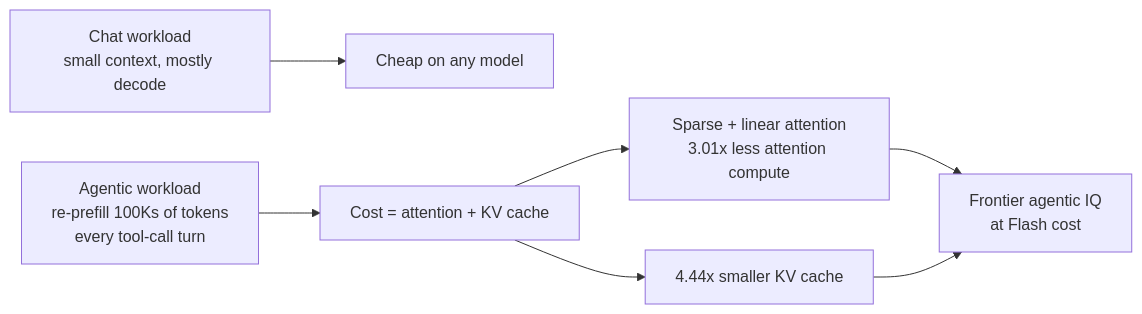
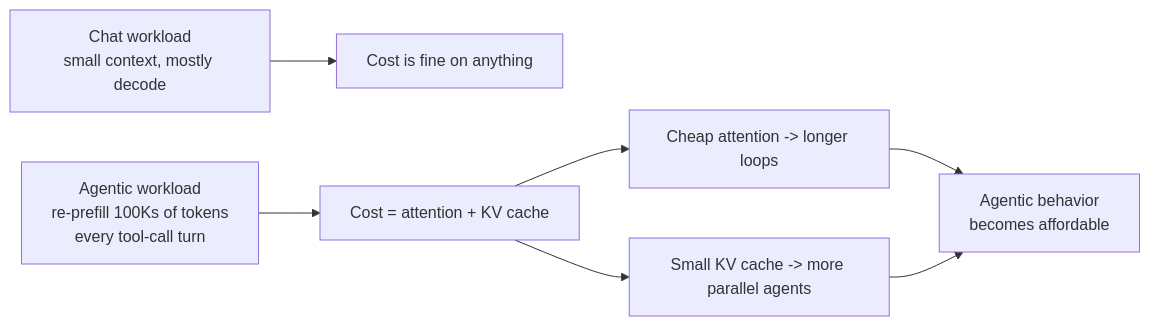
Before and after one commit to ApexYash11/portfolio: the first of 2 diagrams in content/inference-engineering.mdx, drawn with Mermaid. The commit also changed other lines of this file and 2 other files, not shown here.

First line of the commit message:
refactor(blog): recenter on intelligence-vs-behavior thesis over GLM promotion

````diff
--- a/content/inference-engineering.mdx
+++ b/content/inference-engineering.mdx
@@ -32,9 +39,9 @@
 ```mermaid
 graph LR
-    A["Chat workload<br/>small context, mostly decode"] --> C["Cheap on any model"]
+    A["Chat workload<br/>small context, mostly decode"] --> C["Cost is fine on anything"]
     B["Agentic workload<br/>re-prefill 100Ks of tokens<br/>every tool-call turn"] --> D["Cost = attention + KV cache"]
-    D --> E["Sparse + linear attention<br/>3.01x less attention compute"]
-    D --> F["4.44x smaller KV cache"]
-    E --> G["Frontier agentic IQ<br/>at Flash cost"]
+    D --> E["Cheap attention -> longer loops"]
+    D --> F["Small KV cache -> more parallel agents"]
+    E --> G["Agentic behavior<br/>becomes affordable"]
     F --> G
 ```
````
